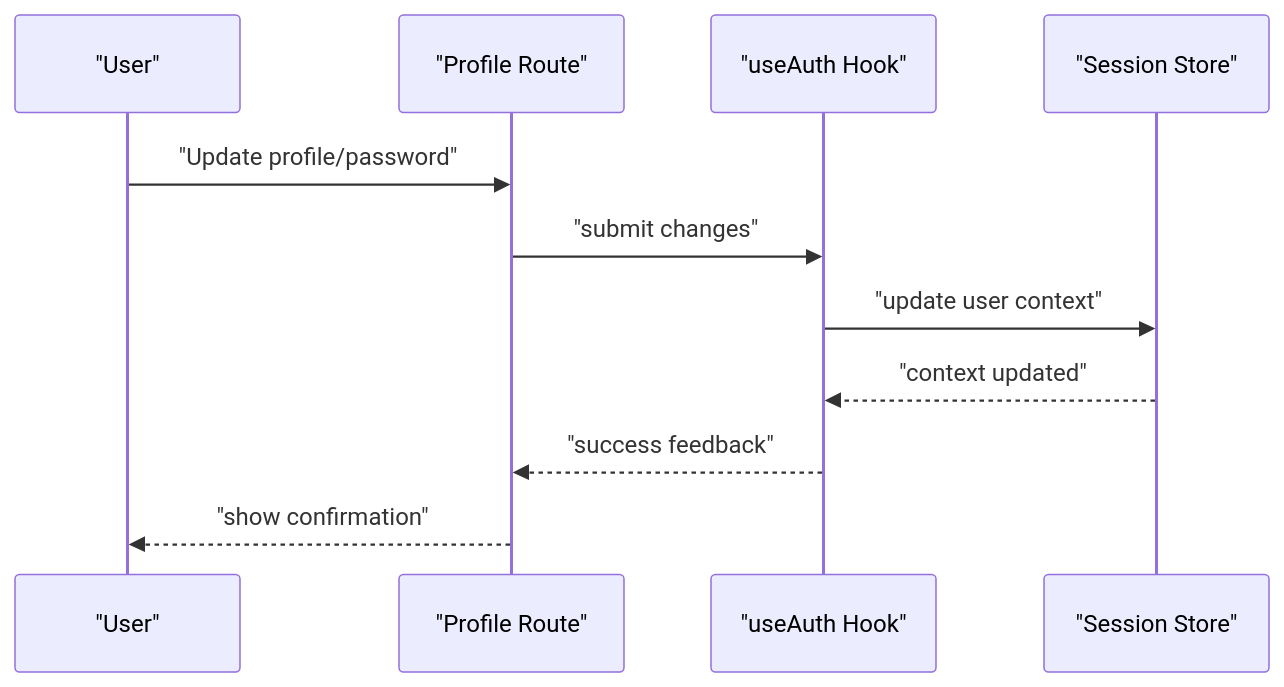
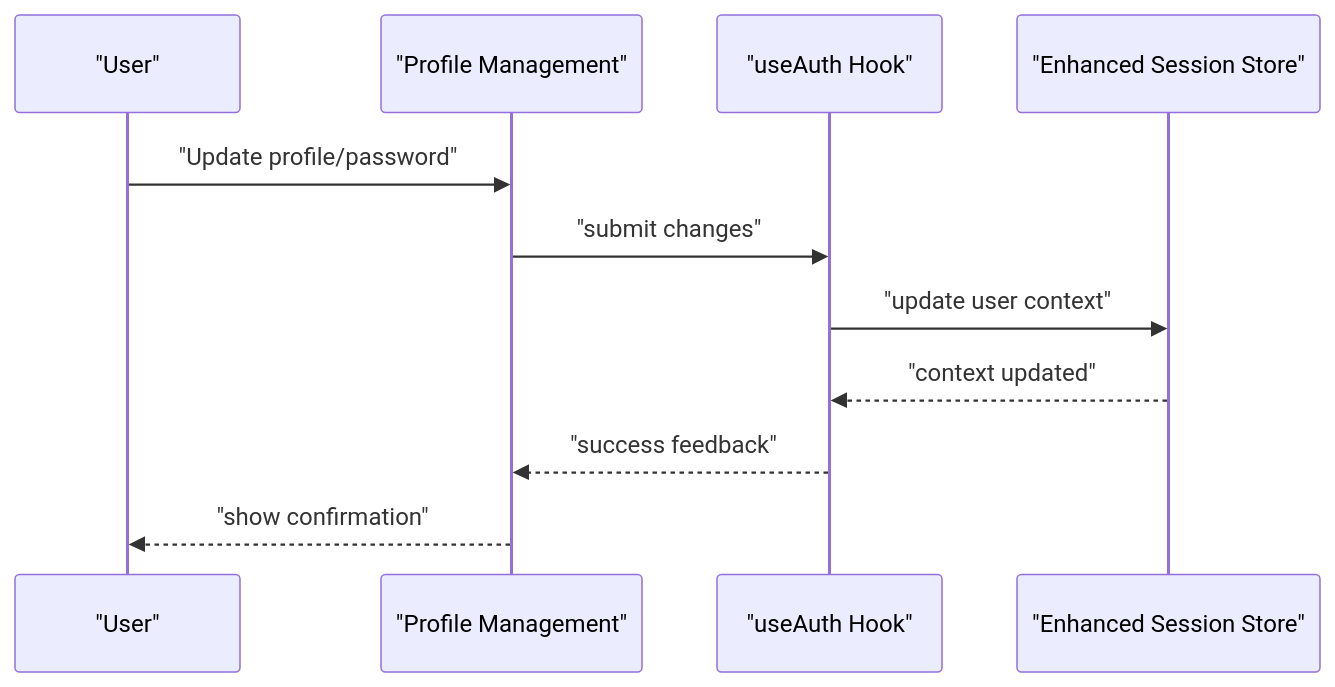
Before and after one commit to franckylab/eLISAschool: the eighth of 10 diagrams in .qoder/repowiki/en/content/System Architecture/Frontend Architecture/Authentication & Authorization UI/Authentication & Authorization UI.md, drawn with Mermaid. The commit also changed other lines of this file and 97 other files, not shown here.

````diff
--- a/.qoder/repowiki/en/content/System Architecture/Frontend Architecture/Authentication & Authorization UI/Authentication & Authorization UI.md
+++ b/.qoder/repowiki/en/content/System Architecture/Frontend Architecture/Authentication & Authorization UI/Authentication & Authorization UI.md
@@ -306,13 +332,13 @@
 ```mermaid
 sequenceDiagram
 participant U as "User"
-participant PR as "Profile Route"
+participant PR as "Profile Management"
 participant A as "useAuth Hook"
-participant SS as "Session Store"
+participant SS as "Enhanced Session Store"
 U->>PR : "Update profile/password"
 PR->>A : "submit changes"
 A->>SS : "update user context"
 SS-->>A : "context updated"
 A-->>PR : "success feedback"
 PR-->>U : "show confirmation"
 ```
````
